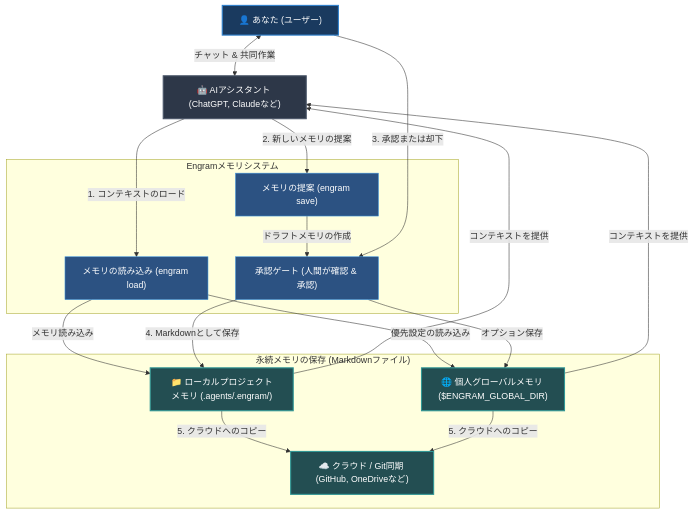
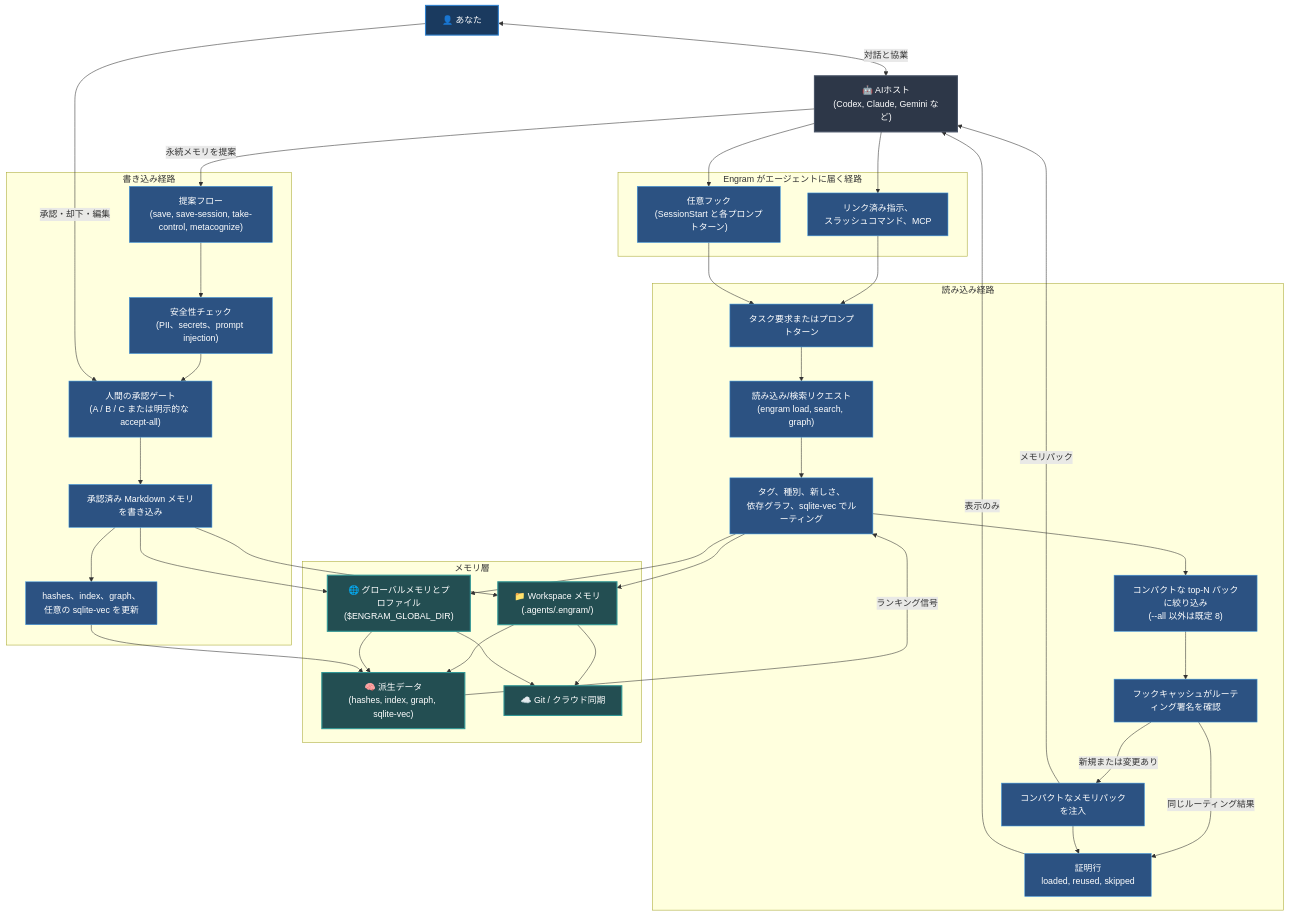
The diagram in documentation/ja/README.md (the-long-ride/engram), drawn with Mermaid before and after one commit. The commit also changed other lines of this file and 19 other files, not shown here.

Commit message:
docs: refresh proof and architecture docs

````diff
--- a/documentation/ja/README.md
+++ b/documentation/ja/README.md
@@ -27,39 +27,71 @@
 ```mermaid
 graph TD
-    %% Styling
-    classDef default fill:#111,stroke:#333,stroke-width:1px,color:#fff;
     classDef human fill:#1a3a5f,stroke:#3182ce,stroke-width:2px,color:#fff;
     classDef agent fill:#2d3748,stroke:#4a5568,stroke-width:2px,color:#fff;
     classDef storage fill:#234e52,stroke:#319795,stroke-width:2px,color:#fff;
     classDef action fill:#2c5282,stroke:#4299e1,stroke-width:1px,color:#fff;
 
-    User["👤 あなた (ユーザー)"]:::human
-    AI["🤖 AIアシスタント (ChatGPT, Claudeなど)"]:::agent
+    User["👤 あなた"]:::human
+    AI["🤖 AIホスト\n(Codex, Claude, Gemini など)"]:::agent
 
-    subgraph Engram ["Engramメモリシステム"]
-        Load["メモリの読み込み (engram load)"]:::action
-        Propose["メモリの提案 (engram save)"]:::action
-        Review["承認ゲート (人間が確認 & 承認)"]:::action
+    subgraph Entry ["Engram がエージェントに届く経路"]
+        Links["リンク済み指示、\nスラッシュコマンド、MCP"]:::action
+        Hooks["任意フック\n(SessionStart と各プロンプトターン)"]:::action
     end
 
-    subgraph Storage ["永続メモリの保存 (Markdownファイル)"]
-        LocalStore["📁 ローカルプロジェクトメモリ (.agents/.engram/)"]:::storage
-        GlobalStore["🌐 個人グローバルメモリ ($ENGRAM_GLOBAL_DIR)"]:::storage
-        SyncStore["☁️ クラウド / Git同期 (GitHub, OneDriveなど)"]:::storage
+    subgraph Read ["読み込み経路"]
+        Trigger["タスク要求またはプロンプトターン"]:::action
+        Load["読み込み/検索リクエスト\n(engram load, search, graph)"]:::action
+        Route["タグ、種別、新しさ、\n依存グラフ、sqlite-vec でルーティング"]:::action
+        Refine["コンパクトな top-N パックに絞り込み\n(--all 以外は既定 8)"]:::action
+        Cache["フックキャッシュがルーティング署名を確認"]:::action
+        Inject["コンパクトなメモリパックを注入"]:::action
+        Proof["証明行\nloaded, reused, skipped"]:::action
     end
 
-    %% Interactions
-    User <-->|チャット & 共同作業| AI
-    AI -->|1. コンテキストのロード| Load
-    Load -->|メモリ読み込み| LocalStore
-    Load -->|優先設定の読み込み| GlobalStore
-    LocalStore & GlobalStore -->|コンテキストを提供| AI
+    subgraph Write ["書き込み経路"]
+        Proposal["提案フロー\n(save, save-session, take-control, metacognize)"]:::action
+        Scan["安全性チェック\n(PII、secrets、prompt injection)"]:::action
+        Review["人間の承認ゲート\n(A / B / C または明示的な accept-all)"]:::action
+        Persist["承認済み Markdown メモリを書き込み"]:::action
+        Rebuild["hashes、index、graph、\n任意の sqlite-vec を更新"]:::action
+    end
 
-    AI -->|2. 新しいメモリの提案| Propose
-    Propose -->|ドラフトメモリの作成| Review
-    User -->|3. 承認または却下| Review
-    Review -->|4. Markdownとして保存| LocalStore
-    Review -->|オプション保存| GlobalStore
-    LocalStore -->|5. クラウドへのコピー| SyncStore
-    GlobalStore -->|5. クラウドへのコピー| SyncStore
+    subgraph Memory ["メモリ層"]
+        Workspace["📁 Workspace メモリ\n(.agents/.engram/)"]:::storage
+        Global["🌐 グローバルメモリとプロファイル\n($ENGRAM_GLOBAL_DIR)"]:::storage
+        Derived["🧠 派生データ\n(hashes, index, graph, sqlite-vec)"]:::storage
+        Sync["☁️ Git / クラウド同期"]:::storage
+    end
+
+    User <-->|対話と協業| AI
+    AI --> Links
+    AI --> Hooks
+    Links --> Trigger
+    Hooks --> Trigger
+    Trigger --> Load
+    Load --> Route
+    Route --> Workspace
+    Route --> Global
+    Workspace --> Derived
+    Global --> Derived
+    Derived -->|ランキング信号| Route
+    Route --> Refine
+    Refine --> Cache
+    Cache -->|新規または変更あり| Inject
+    Cache -->|同じルーティング結果| Proof
+    Inject -->|メモリパック| AI
+    Inject --> Proof
+    Proof -->|表示のみ| AI
+    AI -->|永続メモリを提案| Proposal
+    Proposal --> Scan
+    Scan --> Review
+    User -->|承認・却下・編集| Review
+    Review --> Persist
+    Persist --> Workspace
+    Persist --> Global
+    Persist --> Rebuild
+    Rebuild --> Derived
+    Workspace --> Sync
+    Global --> Sync
 ```
````
